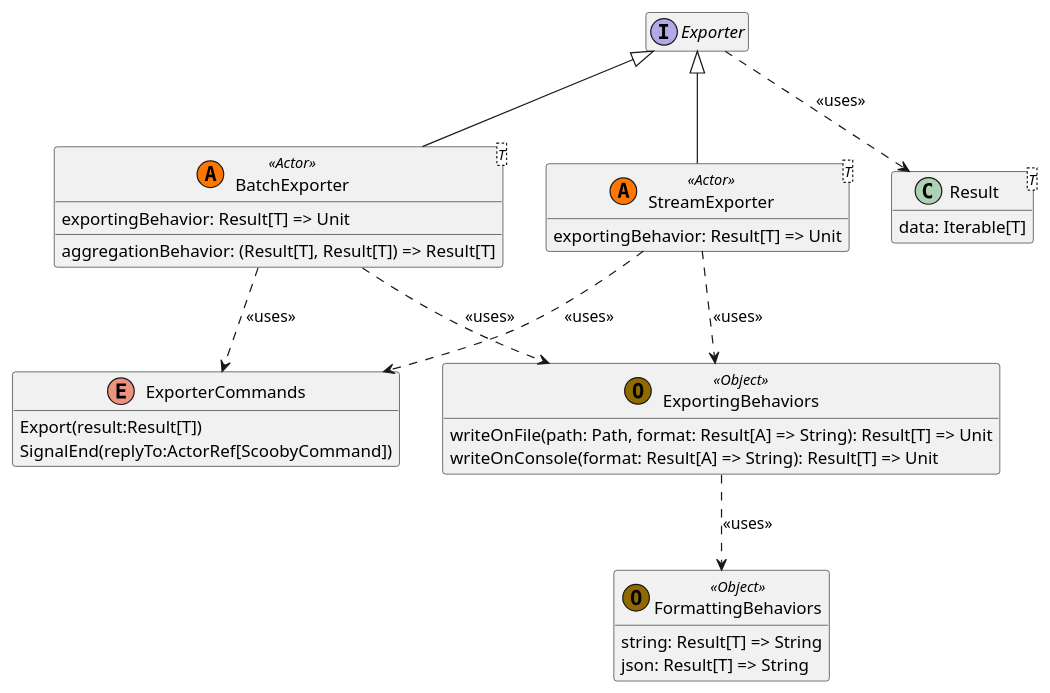
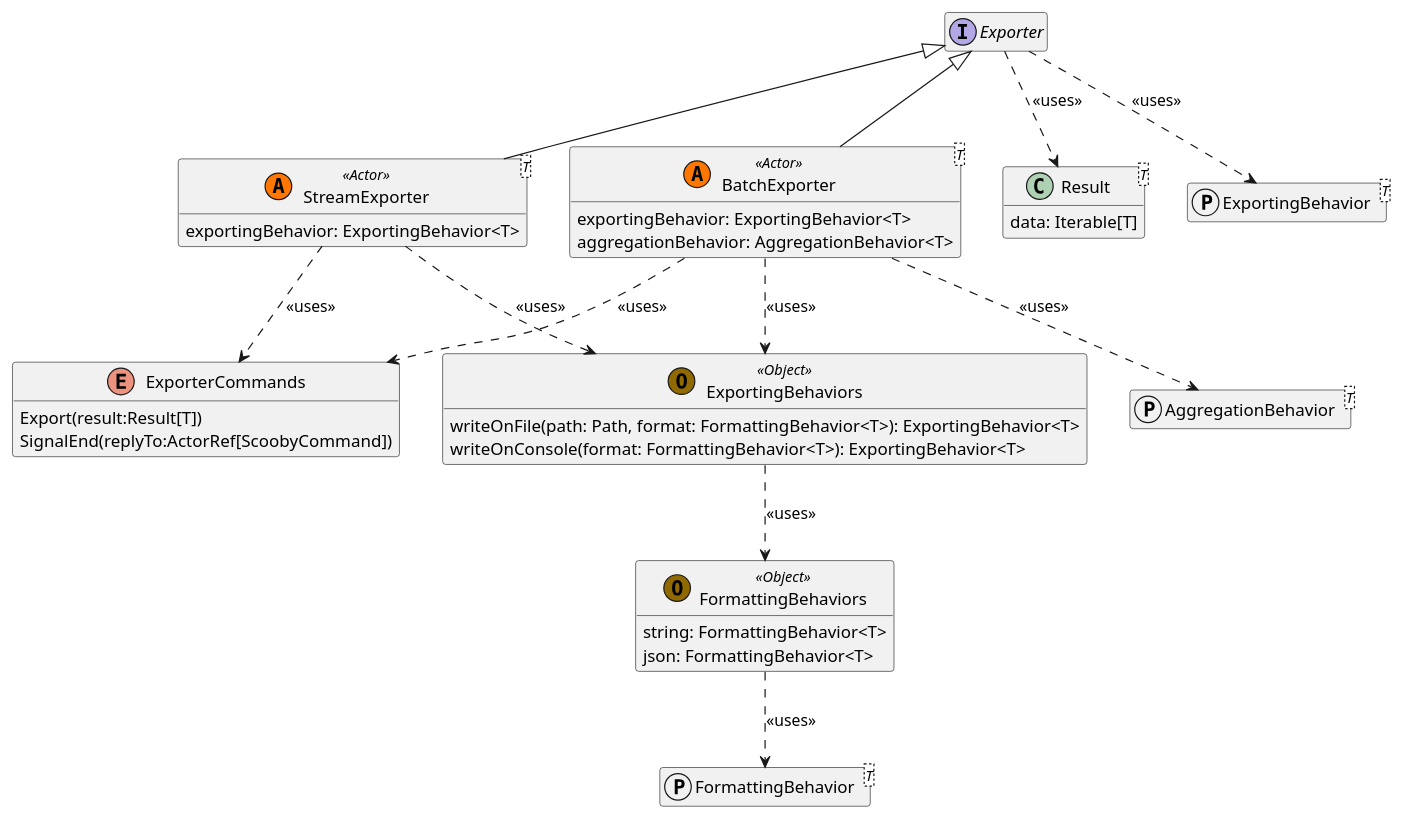
The third of 3 diagrams in Writerside/topics/Exporter.md (PPS-22-Scooby/pps-22-scooby.github.io), drawn with PlantUML before and after one commit.

Commit message:
Fixed Exporter class diagram

````diff
--- a/Writerside/topics/Exporter.md
+++ b/Writerside/topics/Exporter.md
@@ -69,47 +69,54 @@
 ```plantuml
 @startuml ExportClass
 
 interface Exporter
 
 Exporter <|-- StreamExporter
 Exporter <|-- BatchExporter
 
 class StreamExporter<T>  <<(A, #FF7700) Actor>> {
-    exportingBehavior: Result[T] => Unit
+    exportingBehavior: ExportingBehavior<T>
 }
 
 class BatchExporter<T> <<(A, #FF7700) Actor>> {
-    exportingBehavior: Result[T] => Unit
-    aggregationBehavior: (Result[T], Result[T]) => Result[T]
+    exportingBehavior: ExportingBehavior<T>
+    aggregationBehavior: AggregationBehavior<T>
 }
 
 enum ExporterCommands {
     Export(result:Result[T])
     SignalEnd(replyTo:ActorRef[ScoobyCommand])
 }
 
 class Result<T> {
     data: Iterable[T]
 }
 
 StreamExporter ..> ExporterCommands: <<uses>>
 BatchExporter ..> ExporterCommands: <<uses>>
 Exporter ..> Result: <<uses>>
 hide empty members
 
 class ExportingBehaviors<<(O, #906901) Object>> {
-    writeOnFile(path: Path, format: Result[A] => String): Result[T] => Unit
-    writeOnConsole(format: Result[A] => String): Result[T] => Unit
+    writeOnFile(path: Path, format: FormattingBehavior<T>): ExportingBehavior<T>
+    writeOnConsole(format: FormattingBehavior<T>): ExportingBehavior<T>
 }
 
 class FormattingBehaviors<<(O, #906901) Object>> {
-    string: Result[T] => String
-    json: Result[T] => String
+    string: FormattingBehavior<T>
+    json: FormattingBehavior<T>
 }
+
+protocol FormattingBehavior<T>
+protocol AggregationBehavior<T>
+protocol ExportingBehavior<T>
 
 ExportingBehaviors ..> FormattingBehaviors: <<uses>>
 StreamExporter ..> ExportingBehaviors: <<uses>>
 BatchExporter ..> ExportingBehaviors: <<uses>>
+Exporter ..> ExportingBehavior: <<uses>>
+FormattingBehaviors ..> FormattingBehavior: <<uses>>
+BatchExporter ..> AggregationBehavior: <<uses>>
 
 @enduml
 ```
````
